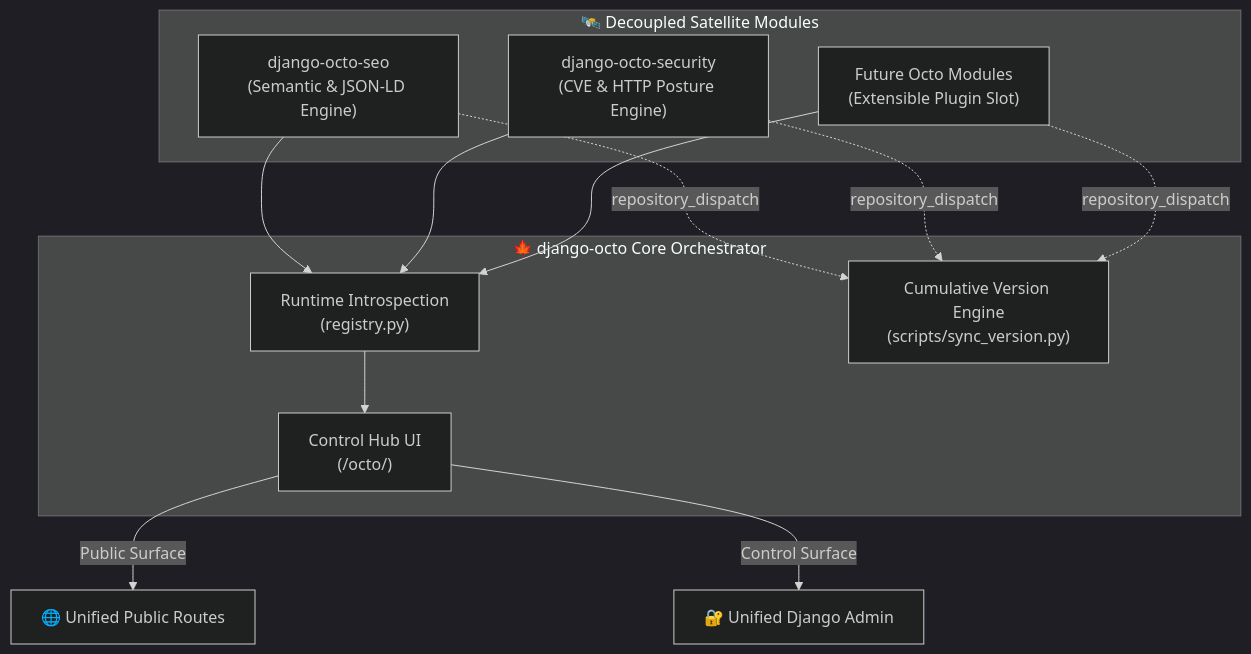
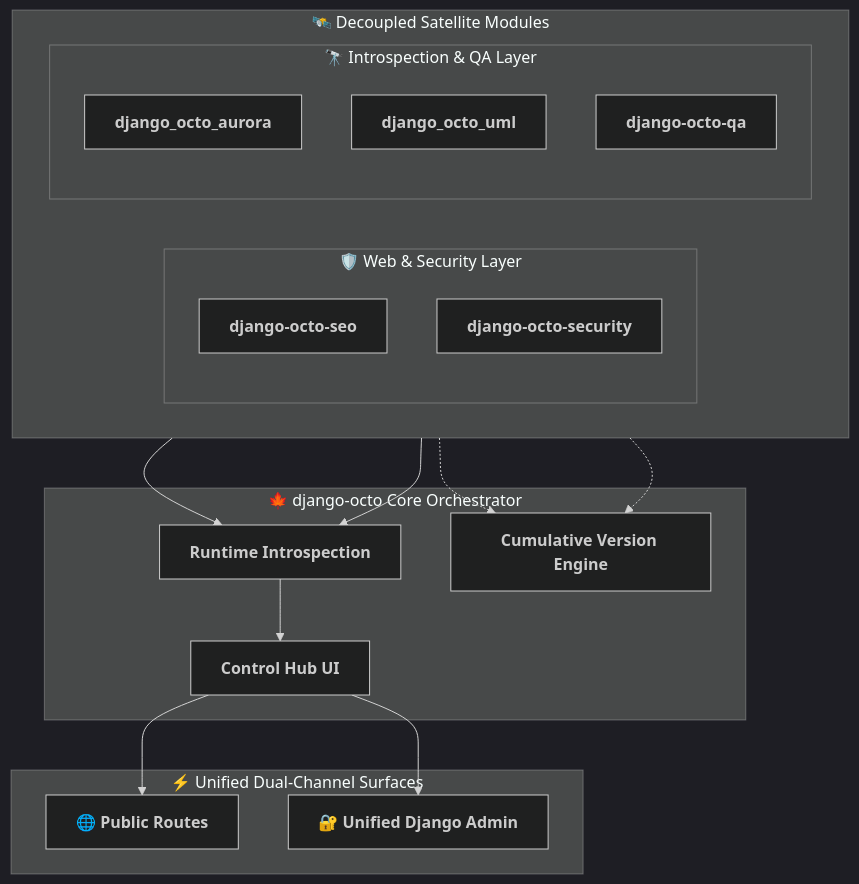
The diagram in README.md (jeanpmodev/django_octo), drawn with Mermaid (dark theme) before and after one commit. The commit also changed other lines of this file, not shown here.

Commit message:
fix readme links

````diff
--- a/README.md
+++ b/README.md
@@ -49,26 +49,34 @@
 ```mermaid
 flowchart TB
     subgraph Satellites["🛰️ Decoupled Satellite Modules"]
-        SEO["django-octo-seo<br/>(Semantic & JSON-LD Engine)"]
-        SEC["django-octo-security<br/>(CVE & HTTP Posture Engine)"]
-        EXT["Future Octo Modules<br/>(Extensible Plugin Slot)"]
+        direction LR
+        subgraph Edge["🛡️ Web & Security Layer"]
+            SEO["<b>django-octo-seo</b>"]
+            SEC["<b>django-octo-security</b>"]
+        end
+        subgraph Ops["🔭 Introspection & QA Layer"]
+            AUR["<b>django_octo_aurora</b>"]
+            UML["<b>django_octo_uml</b>"]
+            QA["<b>django-octo-qa</b>"]
+        end
     end
 
     subgraph Core["🍁 django-octo Core Orchestrator"]
-        REG["Runtime Introspection<br/>(registry.py)"]
-        HUB["Control Hub UI<br/>(/octo/)"]
-        SYNC["Cumulative Version Engine<br/>(scripts/sync_version.py)"]
+        REG["<b>Runtime Introspection</b>"]
+        HUB["<b>Control Hub UI</b>"]
+        SYNC["<b>Cumulative Version Engine</b>"]
     end
 
-    SEO -.->|repository_dispatch| SYNC
-    SEC -.->|repository_dispatch| SYNC
-    EXT -.->|repository_dispatch| SYNC
+    subgraph Surfaces["⚡ Unified Dual-Channel Surfaces"]
+        PUB["🌐 <b>Public Routes</b>"]
+        ADM["🔐 <b>Unified Django Admin</b>"]
+    end
 
-    SEO --> REG
-    SEC --> REG
-    EXT --> REG
-
+    Edge -.-> SYNC
+    Ops -.-> SYNC
+    Edge --> REG
+    Ops --> REG
     REG --> HUB
-    HUB -->|Public Surface| PUB["🌐 Unified Public Routes"]
-    HUB -->|Control Surface| ADM["🔐 Unified Django Admin"]
+    HUB --> PUB
+    HUB --> ADM
 ```
````
